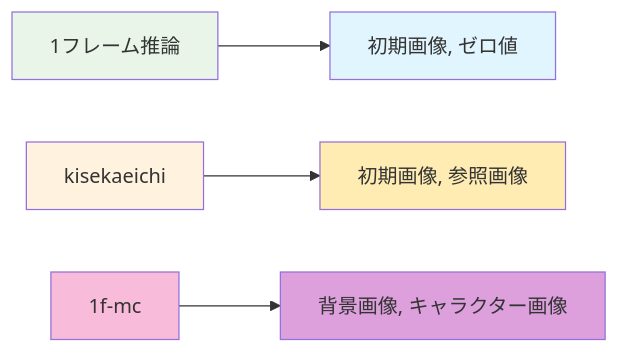
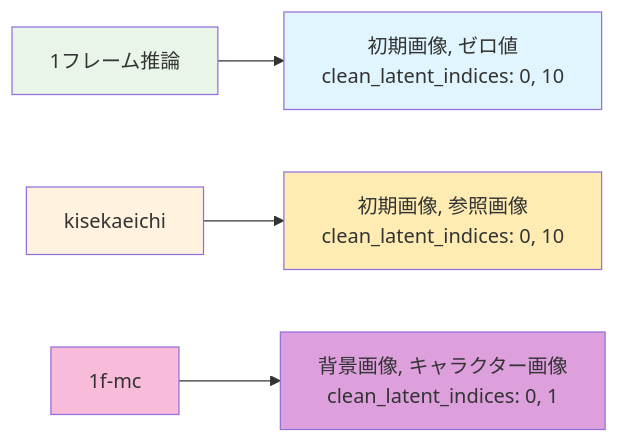
Before and after one commit to tanbw/FramePack-eichi: the fourth of 13 diagrams in README/framepack_oichi_user_friendly_guide.md, drawn with Mermaid. The commit also changed other lines of this file, not shown here.

````diff
--- a/README/framepack_oichi_user_friendly_guide.md
+++ b/README/framepack_oichi_user_friendly_guide.md
@@ -384,13 +267,13 @@
 ```mermaid
 graph LR
-    A[1フレーム推論] --> B[初期画像, ゼロ値]
-    C[kisekaeichi] --> D[初期画像, 参照画像]  
-    E[1f-mc] --> F[背景画像, キャラクター画像]
+    A[1フレーム推論] --> B[初期画像, ゼロ値<br/>clean_latent_indices: 0, 10]
+    C[kisekaeichi] --> D[初期画像, 参照画像<br/>clean_latent_indices: 0, 10]  
+    E[1f-mc] --> F[背景画像, キャラクター画像<br/>clean_latent_indices: 0, 1]
     
     style A fill:#e8f5e8
     style B fill:#e1f5fe
     style C fill:#fff3e0
     style D fill:#ffecb3
     style E fill:#f8bbd9
     style F fill:#dda0dd
 ```
````
